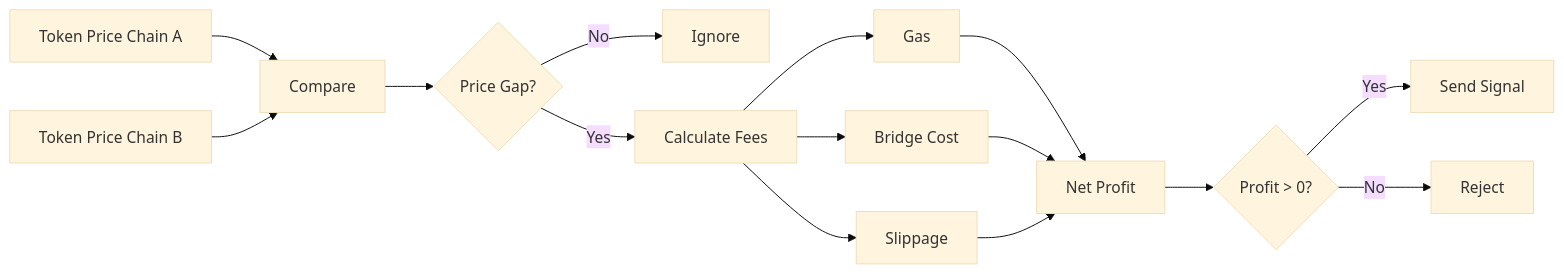
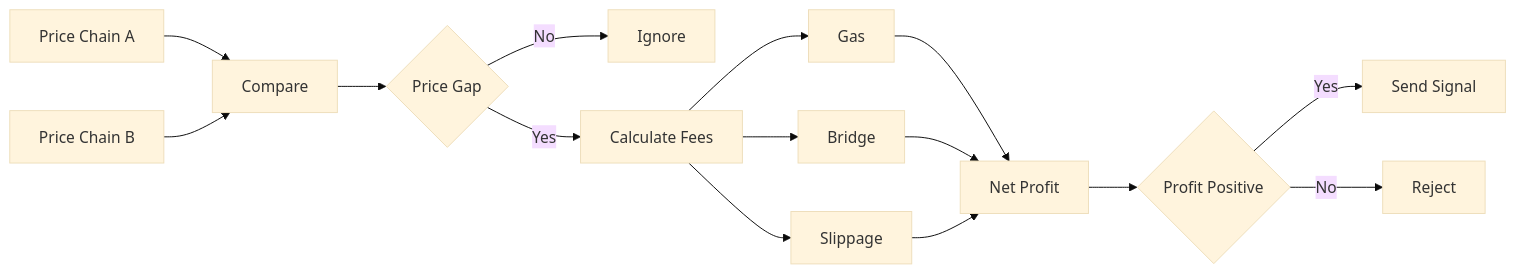
One commit to Himanshujadhav2004/Arbix changed the third of 5 diagrams in README.md. Above: the diagram before and after it, drawn with Mermaid (base theme). The commit also changed other lines of this file, not shown here.

````diff
--- a/README.md
+++ b/README.md
@@ -100,23 +100,23 @@
 ```mermaid
 flowchart LR
-    A[Token Price Chain A] --> C[Compare]
-    B[Token Price Chain B] --> C
+    A[Price Chain A] --> C[Compare]
+    B[Price Chain B] --> C
 
-    C --> D{Price Gap?}
+    C --> D{Price Gap}
 
     D -->|No| E[Ignore]
     D -->|Yes| F[Calculate Fees]
 
     F --> G[Gas]
-    F --> H[Bridge Cost]
+    F --> H[Bridge]
     F --> I[Slippage]
 
     G --> J[Net Profit]
     H --> J
     I --> J
 
-    J --> K{Profit > 0?}
+    J --> K{Profit Positive}
 
     K -->|Yes| L[Send Signal]
     K -->|No| M[Reject]
 ```
````
